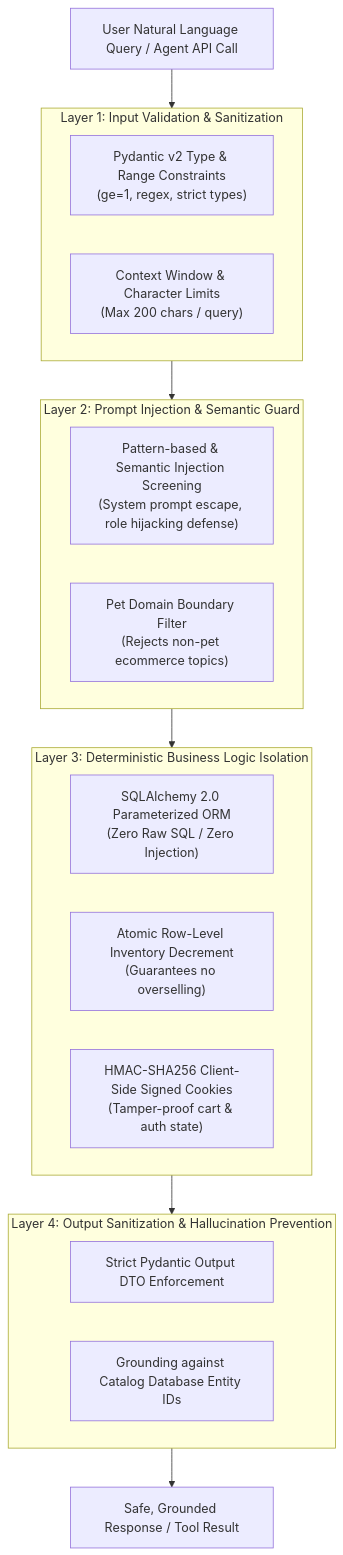
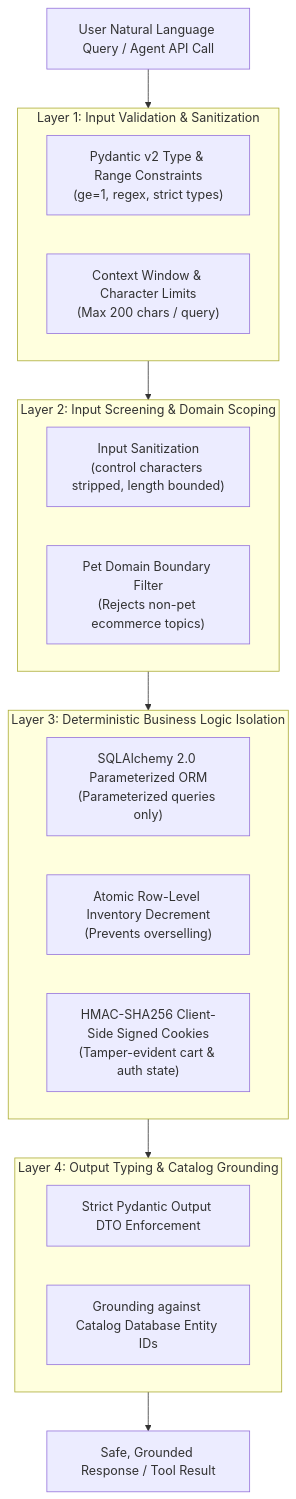
One commit to skillencetech/jpetstore changed the diagram in docs/ai_guardrails_and_verification.md. Above: the diagram before and after it, drawn with Mermaid. The commit also changed other lines of this file and 8 other files, not shown here.

````diff
--- a/docs/ai_guardrails_and_verification.md
+++ b/docs/ai_guardrails_and_verification.md
@@ -15,31 +17,31 @@
 ```mermaid
 graph TD
     UserQuery["User Natural Language Query / Agent API Call"]
     
     subgraph Layer1["Layer 1: Input Validation & Sanitization"]
         PydanticGuard["Pydantic v2 Type & Range Constraints<br/>(ge=1, regex, strict types)"]
         LengthBounds["Context Window & Character Limits<br/>(Max 200 chars / query)"]
     end
     
-    subgraph Layer2["Layer 2: Prompt Injection & Semantic Guard"]
-        InjectionFilter["Pattern-based & Semantic Injection Screening<br/>(System prompt escape, role hijacking defense)"]
+    subgraph Layer2["Layer 2: Input Screening & Domain Scoping"]
+        InjectionFilter["Input Sanitization<br/>(control characters stripped, length bounded)"]
         DomainFilter["Pet Domain Boundary Filter<br/>(Rejects non-pet ecommerce topics)"]
     end
     
     subgraph Layer3["Layer 3: Deterministic Business Logic Isolation"]
-        DBGuard["SQLAlchemy 2.0 Parameterized ORM<br/>(Zero Raw SQL / Zero Injection)"]
-        ACIDInventory["Atomic Row-Level Inventory Decrement<br/>(Guarantees no overselling)"]
-        SignedSession["HMAC-SHA256 Client-Side Signed Cookies<br/>(Tamper-proof cart & auth state)"]
+        DBGuard["SQLAlchemy 2.0 Parameterized ORM<br/>(Parameterized queries only)"]
+        ACIDInventory["Atomic Row-Level Inventory Decrement<br/>(Prevents overselling)"]
+        SignedSession["HMAC-SHA256 Client-Side Signed Cookies<br/>(Tamper-evident cart & auth state)"]
     end
     
-    subgraph Layer4["Layer 4: Output Sanitization & Hallucination Prevention"]
+    subgraph Layer4["Layer 4: Output Typing & Catalog Grounding"]
         SchemaOutput["Strict Pydantic Output DTO Enforcement"]
         GroundingCheck["Grounding against Catalog Database Entity IDs"]
     end
 
     UserQuery --> Layer1
     Layer1 --> Layer2
     Layer2 --> Layer3
     Layer3 --> Layer4
     Layer4 --> SafeResponse["Safe, Grounded Response / Tool Result"]
 ```
````
